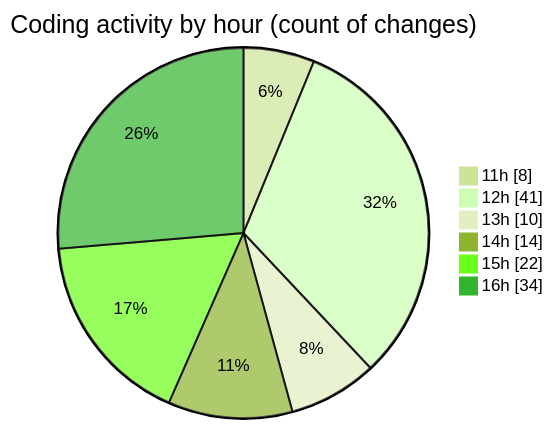
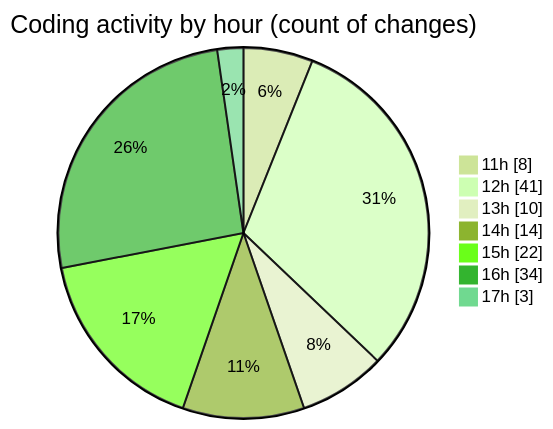
The second of 2 diagrams in 2025-05-04/project/README.md (BS-eng2023/code-tracking), drawn with Mermaid (forest theme) before and after one commit. The commit also changed other lines of this file and 1 other file, not shown here.

````diff
--- a/2025-05-04/project/README.md
+++ b/2025-05-04/project/README.md
@@ -52,10 +53,11 @@
 ```mermaid
 pie showData
 title Coding activity by hour (count of changes)
 "11h" : 8
 "12h" : 41
 "13h" : 10
 "14h" : 14
 "15h" : 22
 "16h" : 34
+"17h" : 3
 ```
````
